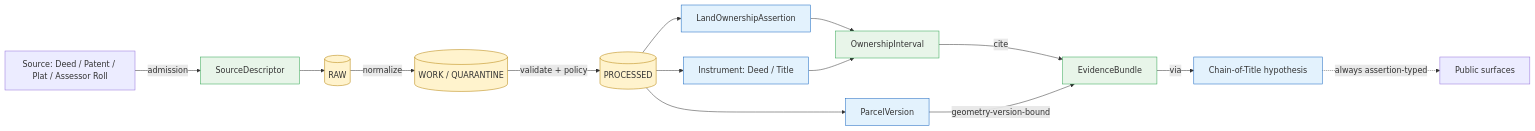
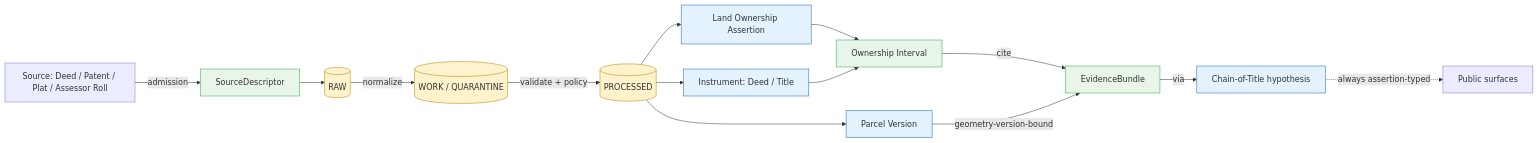
The second of 3 diagrams in docs/domains/people-dna-land/sublanes/land_ownership.md (bartytime4life/Kansas-Frontier-Matrix), drawn with Mermaid before and after one commit. The commit also changed other lines of this file, not shown here.

````diff
--- a/docs/domains/people-dna-land/sublanes/land_ownership.md
+++ b/docs/domains/people-dna-land/sublanes/land_ownership.md
@@ -296,24 +318,24 @@
 ```mermaid
 flowchart LR
-  S[Source: Deed / Patent / Plat / Assessor Roll]
-  S -->|admission| SD[SourceDescriptor]
-  SD --> RAW[(RAW)]
-  RAW -->|normalize| W[(WORK / QUARANTINE)]
-  W -->|validate + policy| P[(PROCESSED)]
-  P --> A[LandOwnershipAssertion]
-  P --> I[Instrument: Deed / Title]
-  P --> PV[ParcelVersion]
-  A --> OI[OwnershipInterval]
+  S["Source: Deed / Patent / Plat / Assessor Roll"]
+  S -->|admission| SD["SourceDescriptor"]
+  SD --> RAW[("RAW")]
+  RAW -->|normalize| W[("WORK / QUARANTINE")]
+  W -->|validate + policy| P[("PROCESSED")]
+  P --> A["Land Ownership Assertion"]
+  P --> I["Instrument: Deed / Title"]
+  P --> PV["Parcel Version"]
+  A --> OI["Ownership Interval"]
   I --> OI
-  OI -->|cite| EB[EvidenceBundle]
+  OI -->|cite| EB["EvidenceBundle"]
   PV -->|geometry-version-bound| EB
-  EB -->|via| CT[Chain-of-Title hypothesis]
-  CT -.->|always assertion-typed| AI[Public surfaces]
+  EB -->|via| CT["Chain-of-Title hypothesis"]
+  CT -.->|always assertion-typed| AI["Public surfaces"]
 
   classDef raw fill:#fff3cd,stroke:#b58105;
   classDef gov fill:#e8f5e9,stroke:#2ea44f;
   classDef derived fill:#e3f2fd,stroke:#1565c0;
   class RAW,W,P raw;
   class SD,EB,OI gov;
   class A,I,PV,CT derived;
 ```
````
